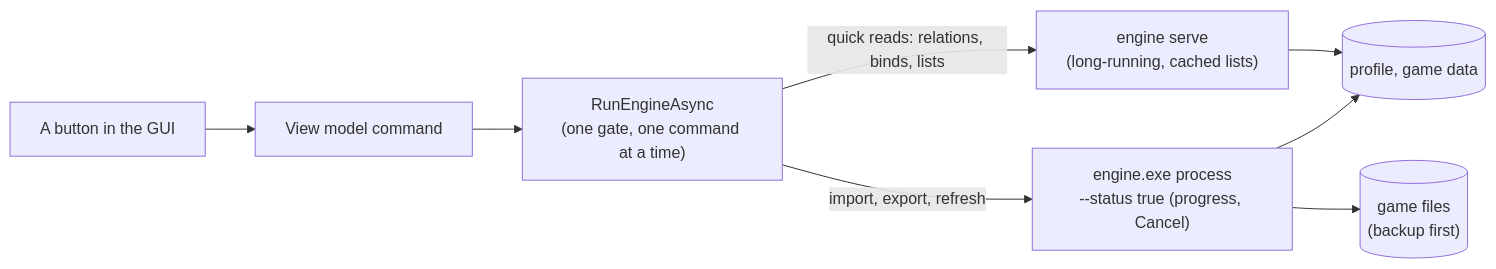
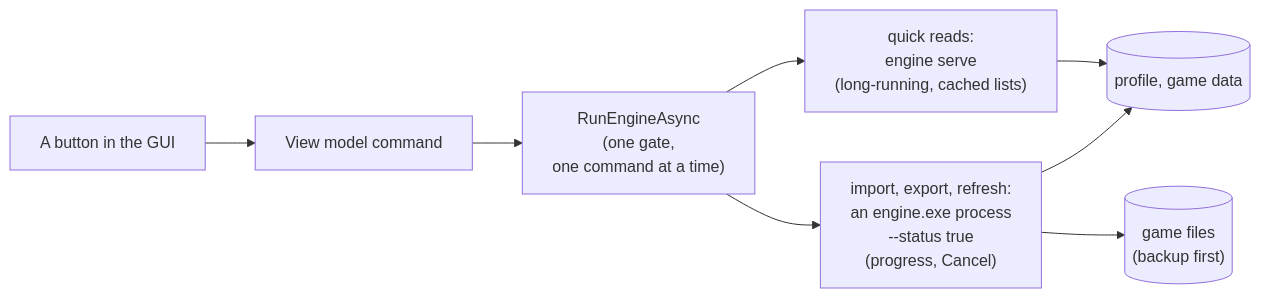
The diagram in website/content/cli/index.md (Holdi601/JoystickProfiler2), drawn with Mermaid before and after one commit. The commit also changed other lines of this file and 718 other files, not shown here.

````diff
--- a/website/content/cli/index.md
+++ b/website/content/cli/index.md
@@ -51,10 +53,11 @@
 ```mermaid
 flowchart LR
   B["A button in the GUI"] --> VM["View model command"]
-  VM --> R["RunEngineAsync<br/>(one gate, one command at a time)"]
-  R -->|"quick reads: relations, binds, lists"| S["engine serve<br/>(long-running, cached lists)"]
-  R -->|"import, export, refresh"| P["engine.exe process<br/>--status true (progress, Cancel)"]
+  VM --> R["RunEngineAsync<br/>(one gate,<br/>one command at a time)"]
+  R --> S["quick reads:<br/>engine serve<br/>(long-running, cached lists)"]
+  R --> P["import, export, refresh:<br/>an engine.exe process<br/>--status true<br/>(progress, Cancel)"]
   S --> F[("profile, game data")]
   P --> F
   P --> G[("game files<br/>(backup first)")]
+%% caption: Every GUI button runs an engine command through one gate. Quick reads go to the long-running server, long jobs to their own process.
 ```
````
